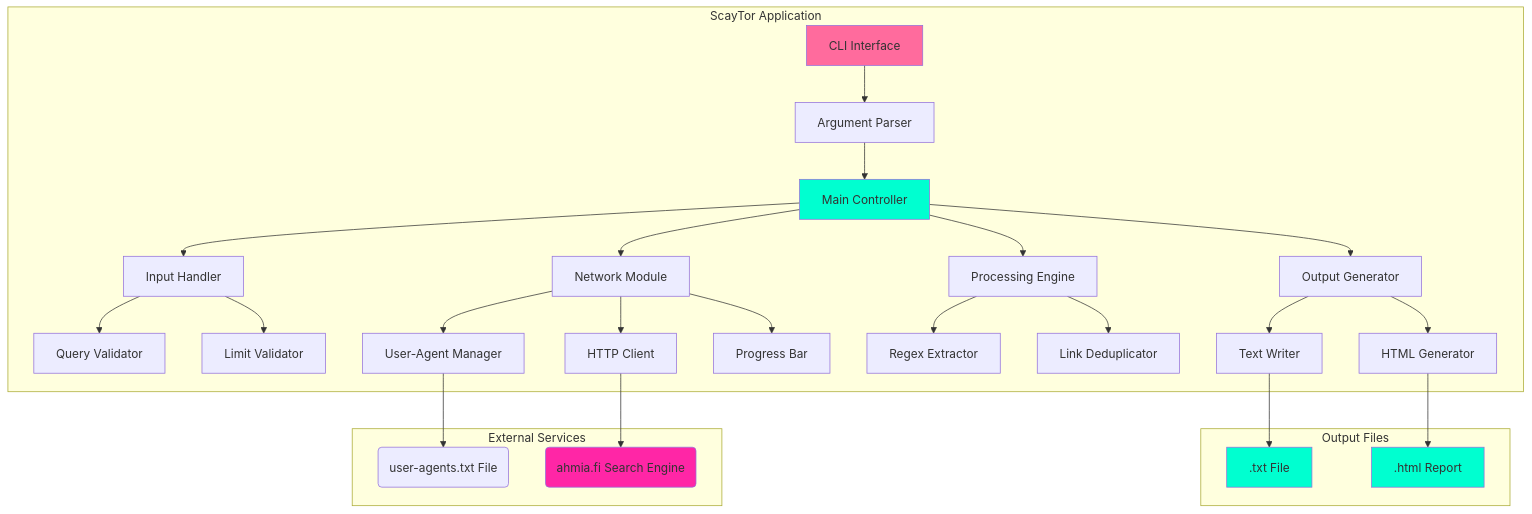
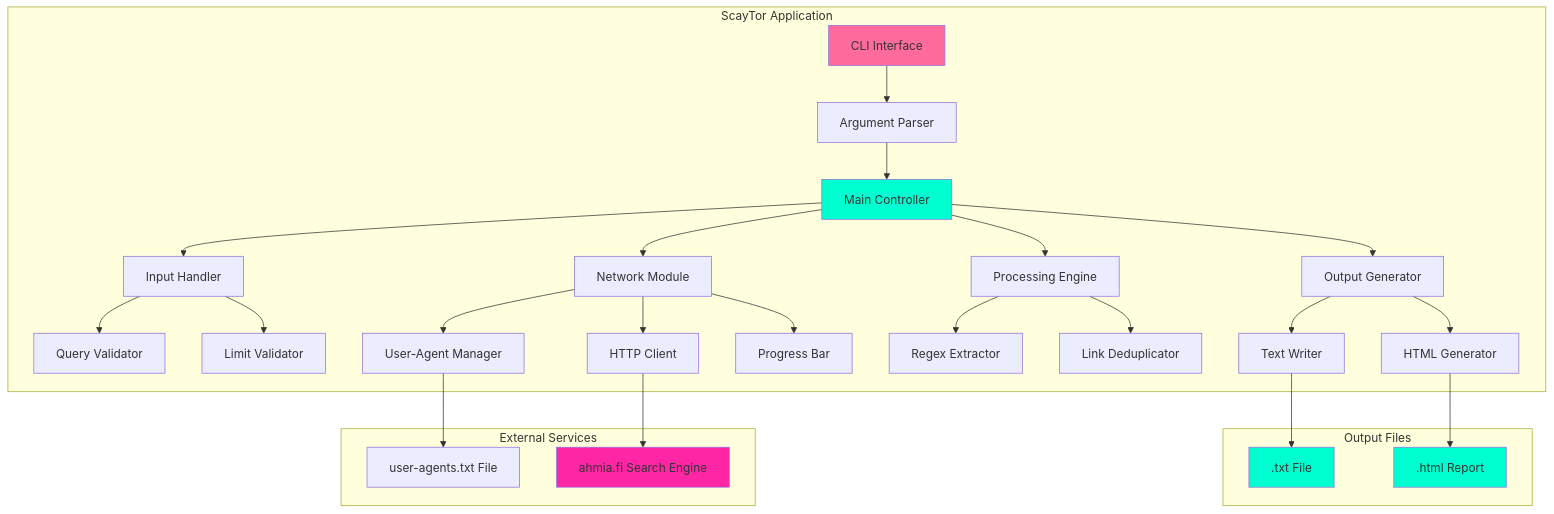
Before and after one commit to Scayar/ScayTor: the first of 6 diagrams in README.md, drawn with Mermaid.

Commit message:
Fix System Architecture: simplify Mermaid syntax for GitHub compatibility

````diff
--- a/README.md
+++ b/README.md
@@ -82,46 +82,40 @@
 ```mermaid
 graph TB
-    subgraph App["ScayTor Application"]
+    subgraph App[ScayTor Application]
         A[CLI Interface] --> B[Argument Parser]
         B --> C[Main Controller]
         C --> D[Input Handler]
         C --> E[Network Module]
         C --> F[Processing Engine]
-        
         D --> G[Query Validator]
         D --> H[Limit Validator]
-        
         E --> I[User-Agent Manager]
         E --> J[HTTP Client]
         E --> K[Progress Bar]
-        
         F --> L[Regex Extractor]
         F --> M[Link Deduplicator]
-        
         C --> N[Output Generator]
         N --> O[Text Writer]
         N --> P[HTML Generator]
     end
-    
-    subgraph Ext["External Services"]
-        Q(ahmia.fi Search Engine)
-        R(user-agents.txt File)
+    subgraph Ext[External Services]
+        Q[ahmia.fi Search Engine]
+        R[user-agents.txt File]
     end
-    
     J --> Q
     I --> R
-    
-    subgraph Out["Output Files"]
+    subgraph Out[Output Files]
         S[.txt File]
         T[.html Report]
     end
-    
     O --> S
     P --> T
-    
-    style A fill:#ff6b9d
-    style C fill:#00ffd0
-    style Q fill:#ff26a6
-    style S fill:#00ffd0
-    style T fill:#00ffd0
+    classDef appFill fill:#ff6b9d
+    classDef controllerFill fill:#00ffd0
+    classDef externalFill fill:#ff26a6
+    classDef outputFill fill:#00ffd0
+    class A appFill
+    class C controllerFill
+    class Q externalFill
+    class S,T outputFill
 ```
````
